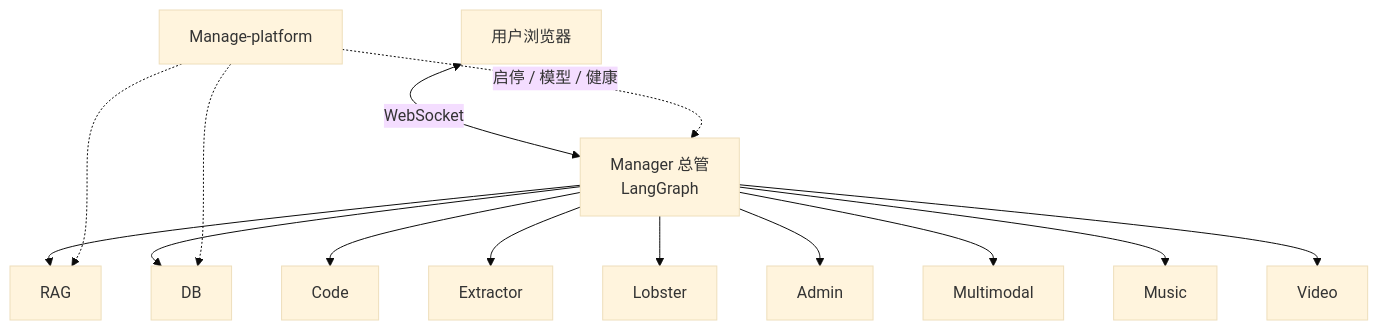
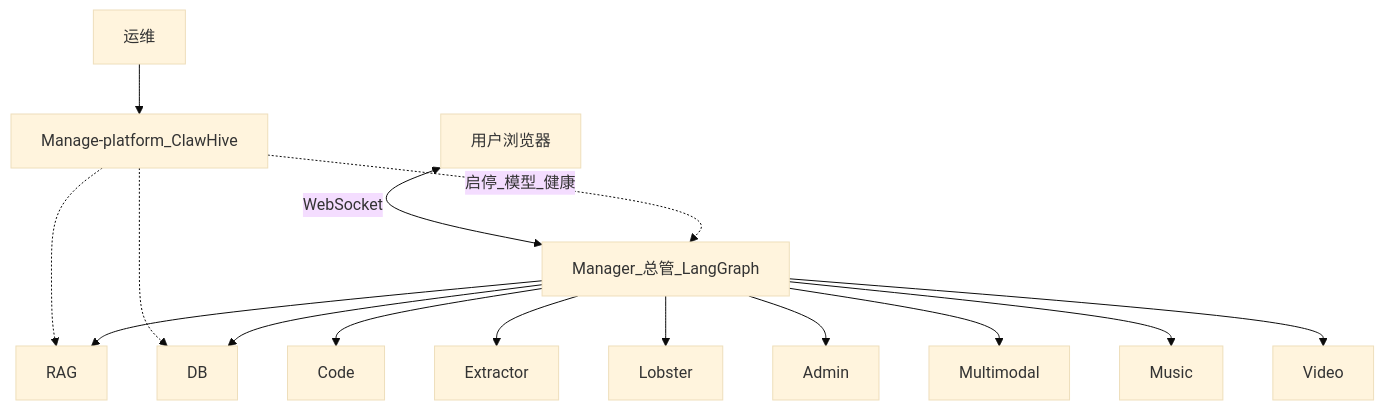
The diagram in README.md (zhangtao272820/Multi_Agent), drawn with Mermaid (base theme) before and after one commit. The commit also changed other lines of this file and 182 other files, not shown here.

````diff
--- a/README.md
+++ b/README.md
@@ -58,18 +60,19 @@
 ```mermaid
 flowchart TB
-  User[用户浏览器] <-->|WebSocket| Mgr[Manager 总管<br/>LangGraph]
+  Ops[运维] --> Plat[Manage-platform_ClawHive]
+  User[用户浏览器] <-->|WebSocket| Mgr[Manager_总管_LangGraph]
+
+  Plat -.->|启停_模型_健康| Mgr
+  Plat -.-> RAG
+  Plat -.-> DB
 
   Mgr --> RAG[RAG]
   Mgr --> DB[DB]
   Mgr --> Code[Code]
   Mgr --> Ext[Extractor]
   Mgr --> Lob[Lobster]
   Mgr --> Adm[Admin]
   Mgr --> MM[Multimodal]
   Mgr --> Mus[Music]
   Mgr --> Vid[Video]
-
-  Plat[Manage-platform] -.->|启停 / 模型 / 健康| Mgr
-  Plat -.-> RAG
-  Plat -.-> DB
 ```
````
